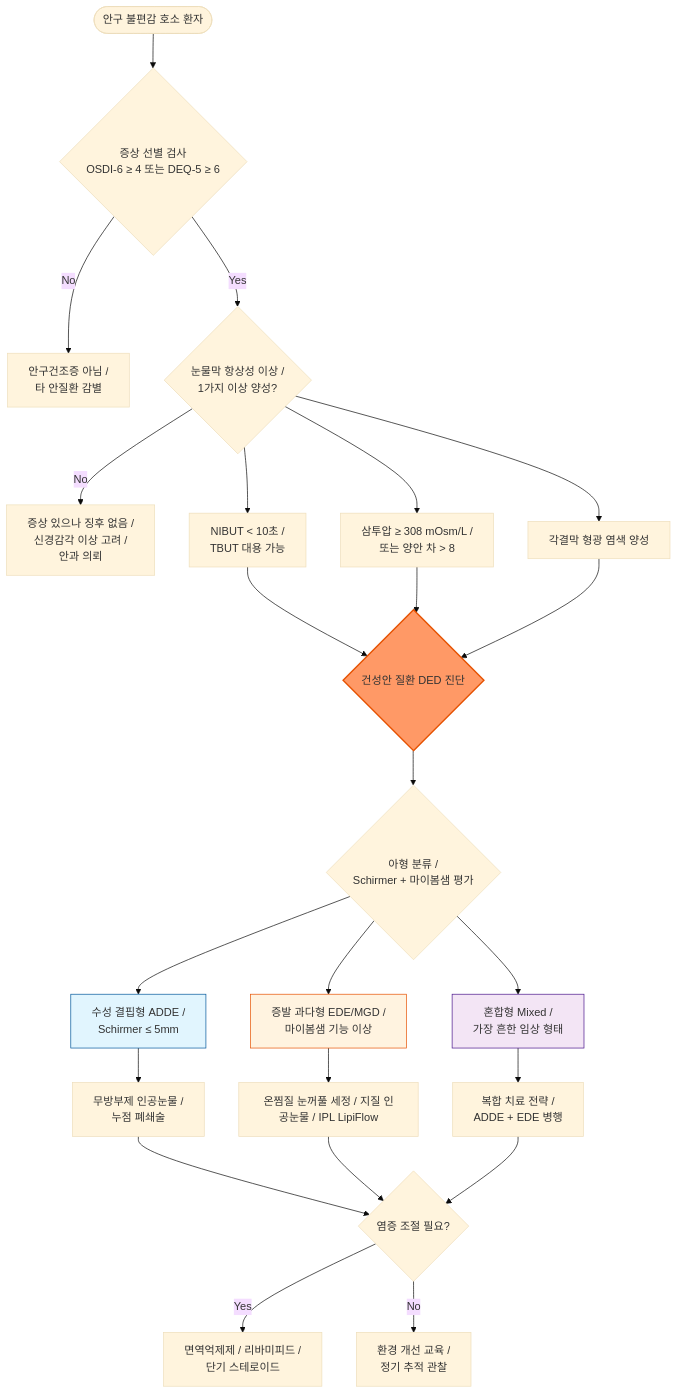
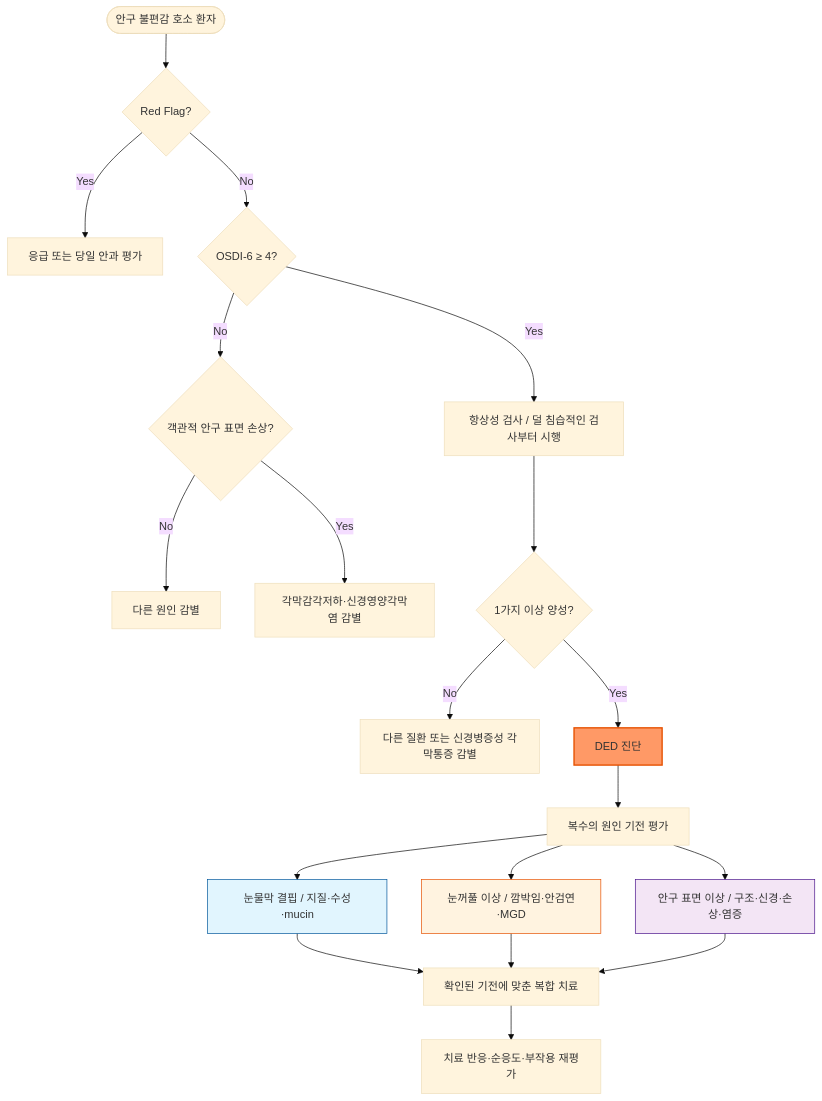
The diagram in 222_/042_-dry-eye.md (familyoh77/familyoh77), drawn with Mermaid (base theme) before and after one commit. The commit also changed other lines of this file, not shown here.

````diff
--- a/222_/042_-dry-eye.md
+++ b/222_/042_-dry-eye.md
@@ -139,60 +160,32 @@
 ```mermaid
 graph TD
 
-    Start([안구 불편감 호소 환자])
-    Start --> Screen
+    Start(["안구 불편감 호소 환자"])
+    Start --> RedFlag{"Red Flag?"}
+    RedFlag -- Yes --> Urgent["응급 또는 당일 안과 평가"]
+    RedFlag -- No --> Screen{"OSDI-6 ≥ 4?"}
 
-    Screen{증상 선별 검사 
-    OSDI-6 ≥ 4 또는 DEQ-5 ≥ 6}
-    Screen -- No --> OSD[안구건조증 아님 / 
-    타 안질환 감별]
-    Screen -- Yes --> Homeo
+    Screen -- No --> Signs{"객관적 안구 표면 손상?"}
+    Signs -- No --> Other["다른 원인 감별"]
+    Signs -- Yes --> Neurotrophic["각막감각저하·신경영양각막염 감별"]
 
-    Homeo{눈물막 항상성 이상 / 
-    1가지 이상 양성?}
-    Homeo -- No --> PreDED[증상 있으나 징후 없음 / 
-    신경감각 이상 고려 / 
-    안과 의뢰]
-    Homeo --> NIBUT[NIBUT < 10초 / 
-    TBUT 대용 가능]
-    Homeo --> OSM[삼투압 ≥ 308 mOsm/L / 
-    또는 양안 차 > 8]
-    Homeo --> Stain[각결막 형광 염색 양성]
+    Screen -- Yes --> Homeo["항상성 검사 / 덜 침습적인 검사부터 시행"]
+    Homeo --> Positive{"1가지 이상 양성?"}
+    Positive -- No --> Pain["다른 질환 또는 신경병증성 각막통증 감별"]
+    Positive -- Yes --> DED["DED 진단"]
 
-    NIBUT --> DED
-    OSM --> DED
-    Stain --> DED
+    DED --> Drivers["복수의 원인 기전 평가"]
+    Drivers --> Tear["눈물막 결핍 / 지질·수성·mucin"]
+    Drivers --> Lid["눈꺼풀 이상 / 깜박임·안검연·MGD"]
+    Drivers --> Surface["안구 표면 이상 / 구조·신경·손상·염증"]
 
-    DED{건성안 질환 DED 진단}
-    DED --> Subtype
-
-    Subtype{아형 분류 / 
-    Schirmer + 마이봄샘 평가}
-    Subtype --> ADDE[수성 결핍형 ADDE / 
-    Schirmer ≤ 5mm]
-    Subtype --> EDE[증발 과다형 EDE/MGD / 
-    마이봄샘 기능 이상]
-    Subtype --> Mixed[혼합형 Mixed / 
-    가장 흔한 임상 형태]
-
-    ADDE --> Tx1[무방부제 인공눈물 / 
-    누점 폐쇄술]
-    EDE --> Tx2[온찜질 눈꺼풀 세정 / 지질 인공눈물 / IPL LipiFlow]
-    Mixed --> Tx3[복합 치료 전략 / 
-    ADDE + EDE 병행]
-
-    Tx1 --> Inflam
-    Tx2 --> Inflam
-    Tx3 --> Inflam
-
-    Inflam{염증 조절 필요?}
-    Inflam -- Yes --> Meds[면역억제제 / 리바미피드 / 
-    단기 스테로이드]
-    Inflam -- No --> Follow[환경 개선 교육 / 
-    정기 추적 관찰]
+    Tear --> Tx["확인된 기전에 맞춘 복합 치료"]
+    Lid --> Tx
+    Surface --> Tx
+    Tx --> Follow["치료 반응·순응도·부작용 재평가"]
 
     style DED fill:#f96,stroke:#e65100,stroke-width:2px
-    style ADDE fill:#e1f5fe,stroke:#01579b
-    style EDE fill:#fff3e0,stroke:#e65100
-    style Mixed fill:#f3e5f5,stroke:#4a148c
+    style Tear fill:#e1f5fe,stroke:#01579b
+    style Lid fill:#fff3e0,stroke:#e65100
+    style Surface fill:#f3e5f5,stroke:#4a148c
 ```
````
